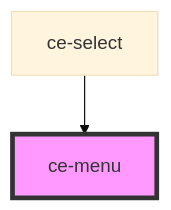
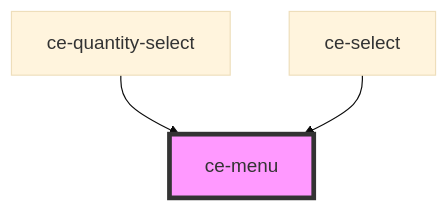
The diagram in packages/components/docs/components/ui/menu/readme.md (surecart/surecart-wp-plugin), drawn with Mermaid (base theme) before and after one commit. The commit also changed other lines of this file and 19 other files, not shown here.

````diff
--- a/packages/components/docs/components/ui/menu/readme.md
+++ b/packages/components/docs/components/ui/menu/readme.md
@@ -27,5 +28,6 @@
 ```mermaid
 graph TD;
+  ce-quantity-select --> ce-menu
   ce-select --> ce-menu
   style ce-menu fill:#f9f,stroke:#333,stroke-width:4px
 ```
````
